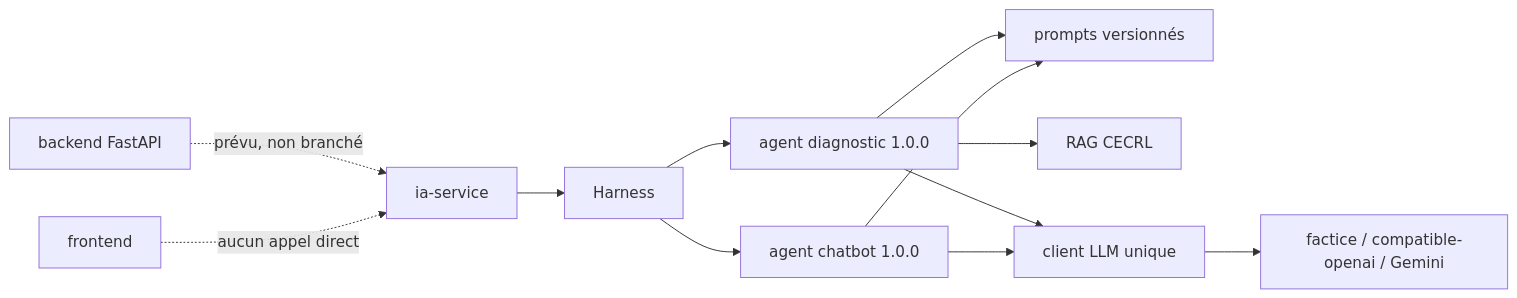
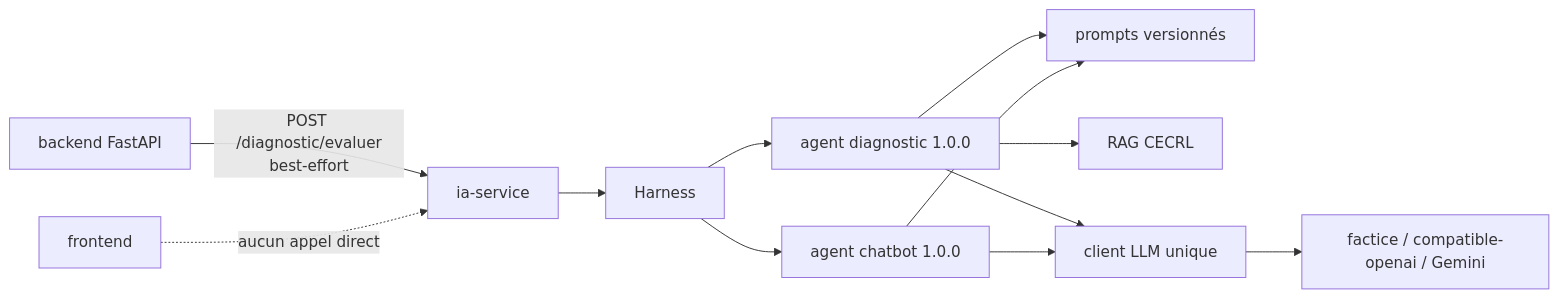
One commit to Fafa008/langue_IA changed the first of 3 diagrams in docs/architecture/03-ia-service.md. Above: the diagram before and after it, drawn with Mermaid. The commit also changed other lines of this file and 11 other files, not shown here.

````diff
--- a/docs/architecture/03-ia-service.md
+++ b/docs/architecture/03-ia-service.md
@@ -29,14 +29,14 @@
 ```mermaid
 graph LR
-    B[backend FastAPI] -.->|prévu, non branché| IA[ia-service]
+    B[backend FastAPI] -->|POST /diagnostic/evaluer<br/>best-effort| IA[ia-service]
     F[frontend] -.->|aucun appel direct| IA
     IA --> H[Harness]
     H --> AG1[agent diagnostic 1.0.0]
     H --> AG2[agent chatbot 1.0.0]
     AG1 --> P[prompts versionnés]
     AG1 --> R[RAG CECRL]
     AG1 --> L[client LLM unique]
     AG2 --> P
     AG2 --> L
     L --> EXT[factice / compatible-openai / Gemini]
 ```
````
